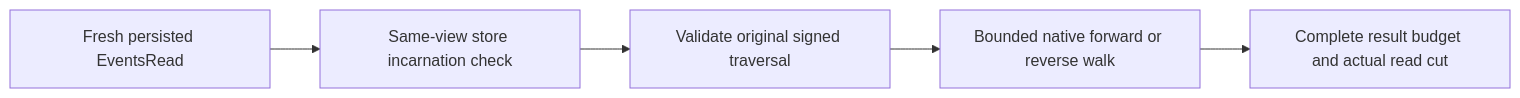
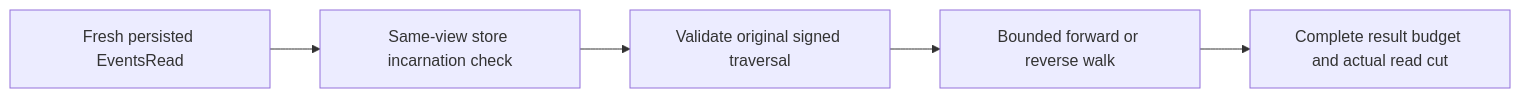
Before and after one commit to managedcode/KeyLoad: the second of 2 diagrams in docs/ADR/ADR-025-event-revision-feed-positions.md, drawn with Mermaid. The commit also changed other lines of this file and 9016 other files, not shown here.

````diff
--- a/docs/ADR/ADR-025-event-revision-feed-positions.md
+++ b/docs/ADR/ADR-025-event-revision-feed-positions.md
@@ -57,7 +57,7 @@
 ```mermaid
 flowchart LR
     Auth[Fresh persisted EventsRead] --> Owner[Same-view store incarnation check]
     Owner --> Token[Validate original signed traversal]
-    Token --> Native[Bounded native forward or reverse walk]
-    Native --> Result[Complete result budget and actual read cut]
+    Token --> Execution[Bounded forward or reverse walk]
+    Execution --> Result[Complete result budget and actual read cut]
 ```
````
